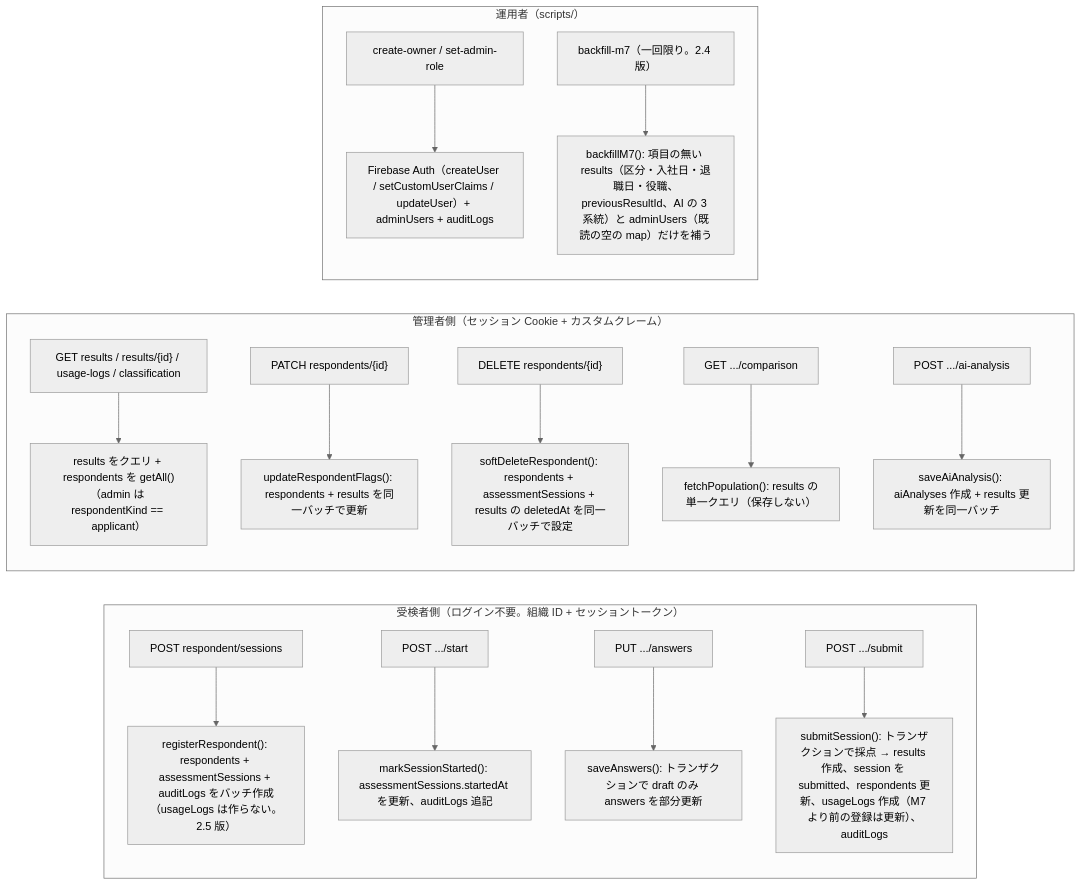
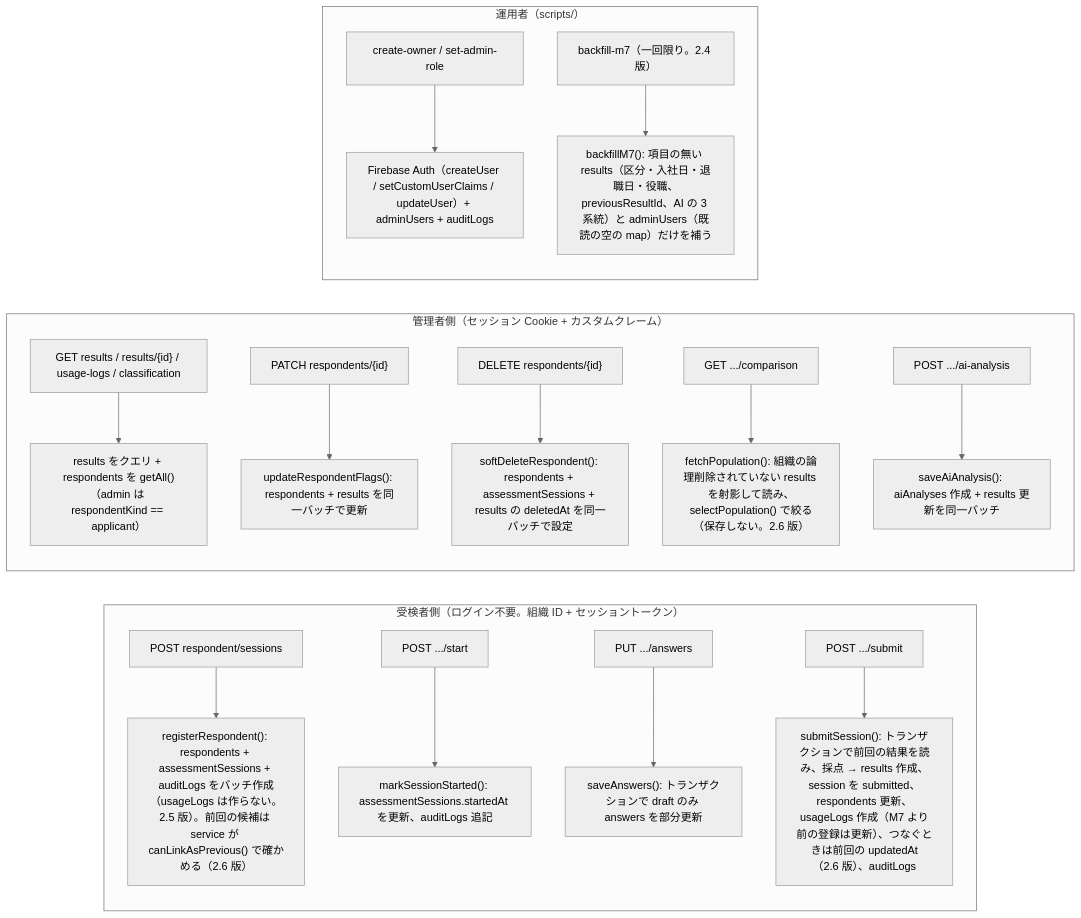
Before and after one commit to tanukichiyamaguchi/Tekisei-Kensa: the second of 3 diagrams in docs/基本設計/02_データベース設計.md, drawn with Mermaid (neutral theme). The commit also changed other lines of this file and 42 other files, not shown here.

````diff
--- a/docs/基本設計/02_データベース設計.md
+++ b/docs/基本設計/02_データベース設計.md
@@ -237,20 +237,20 @@
 ```mermaid
 flowchart LR
     subgraph respondentSide["受検者側（ログイン不要。組織 ID + セッショントークン）"]
-        R1["POST respondent/sessions"] --> T1["registerRespondent(): respondents + assessmentSessions + auditLogs をバッチ作成（usageLogs は作らない。2.5 版）"]
+        R1["POST respondent/sessions"] --> T1["registerRespondent(): respondents + assessmentSessions + auditLogs をバッチ作成（usageLogs は作らない。2.5 版）。前回の候補は service が canLinkAsPrevious() で確かめる（2.6 版）"]
         R0["POST .../start"] --> T0["markSessionStarted(): assessmentSessions.startedAt を更新、auditLogs 追記"]
         R2["PUT .../answers"] --> T2["saveAnswers(): トランザクションで draft のみ answers を部分更新"]
-        R3["POST .../submit"] --> T3["submitSession(): トランザクションで採点 → results 作成、session を submitted、respondents 更新、usageLogs 作成（M7 より前の登録は更新）、auditLogs"]
+        R3["POST .../submit"] --> T3["submitSession(): トランザクションで前回の結果を読み、採点 → results 作成、session を submitted、respondents 更新、usageLogs 作成（M7 より前の登録は更新）、つなぐときは前回の updatedAt（2.6 版）、auditLogs"]
     end
     subgraph adminSide["管理者側（セッション Cookie + カスタムクレーム）"]
         A1["GET results / results/{id} / usage-logs / classification"] --> T4["results をクエリ + respondents を getAll()（admin は respondentKind == applicant）"]
         A2["PATCH respondents/{id}"] --> T5["updateRespondentFlags(): respondents + results を同一バッチで更新"]
         A3["DELETE respondents/{id}"] --> T6["softDeleteRespondent(): respondents + assessmentSessions + results の deletedAt を同一バッチで設定"]
-        A4["GET .../comparison"] --> T7["fetchPopulation(): results の単一クエリ（保存しない）"]
+        A4["GET .../comparison"] --> T7["fetchPopulation(): 組織の論理削除されていない results を射影して読み、selectPopulation() で絞る（保存しない。2.6 版）"]
         A5["POST .../ai-analysis"] --> T8["saveAiAnalysis(): aiAnalyses 作成 + results 更新を同一バッチ"]
     end
     subgraph ops["運用者（scripts/）"]
         S1["create-owner / set-admin-role"] --> T9["Firebase Auth（createUser / setCustomUserClaims / updateUser）+ adminUsers + auditLogs"]
         S2["backfill-m7（一回限り。2.4 版）"] --> T10["backfillM7(): 項目の無い results（区分・入社日・退職日・役職、previousResultId、AI の 3 系統）と adminUsers（既読の空の map）だけを補う"]
     end
 ```
````
